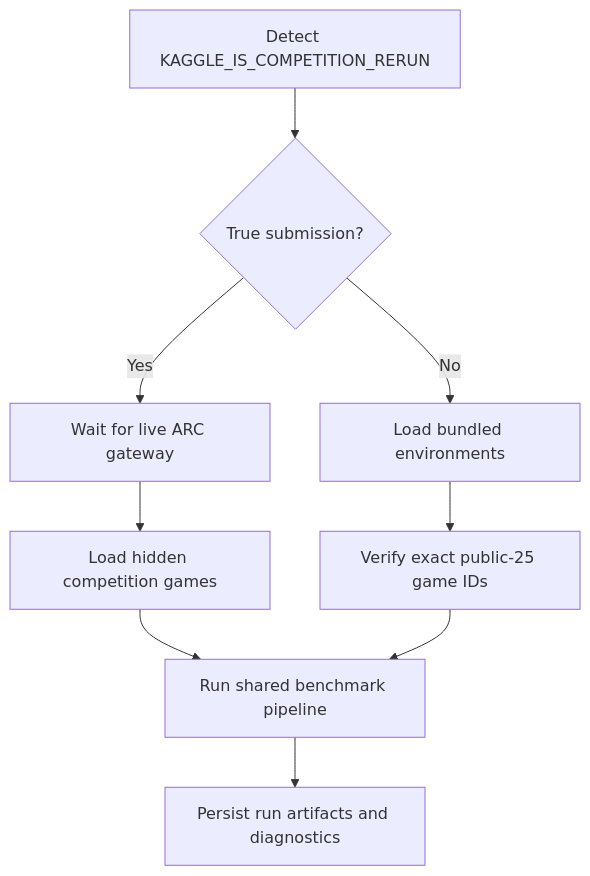
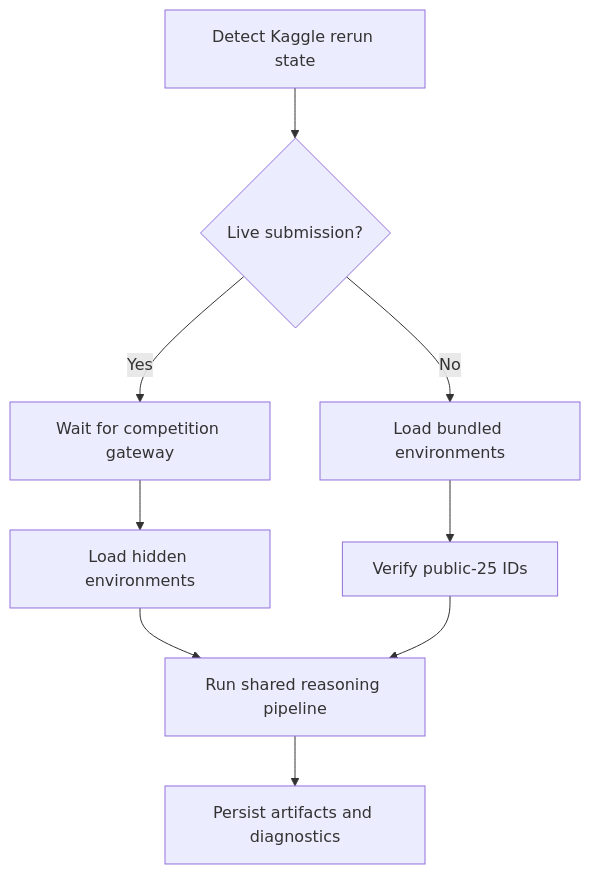
The third of 5 diagrams in README.md (niswanth8888/ARC_APEX), drawn with Mermaid before and after one commit. The commit also changed other lines of this file, not shown here.

````diff
--- a/README.md
+++ b/README.md
@@ -84,11 +196,11 @@
 ```mermaid
 flowchart TD
-    A["Detect KAGGLE_IS_COMPETITION_RERUN"] --> B{"True submission?"}
-    B -->|Yes| C["Wait for live ARC gateway"]
-    C --> D["Load hidden competition games"]
+    A["Detect Kaggle rerun state"] --> B{"Live submission?"}
+    B -->|Yes| C["Wait for competition gateway"]
+    C --> D["Load hidden environments"]
     B -->|No| E["Load bundled environments"]
-    E --> F["Verify exact public-25 game IDs"]
-    D --> G["Run shared benchmark pipeline"]
+    E --> F["Verify public-25 IDs"]
+    D --> G["Run shared reasoning pipeline"]
     F --> G
-    G --> H["Persist run artifacts and diagnostics"]
+    G --> H["Persist artifacts and diagnostics"]
 ```
````
